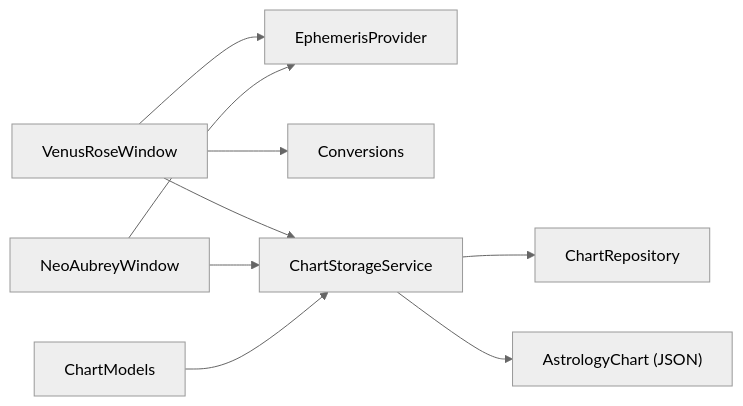
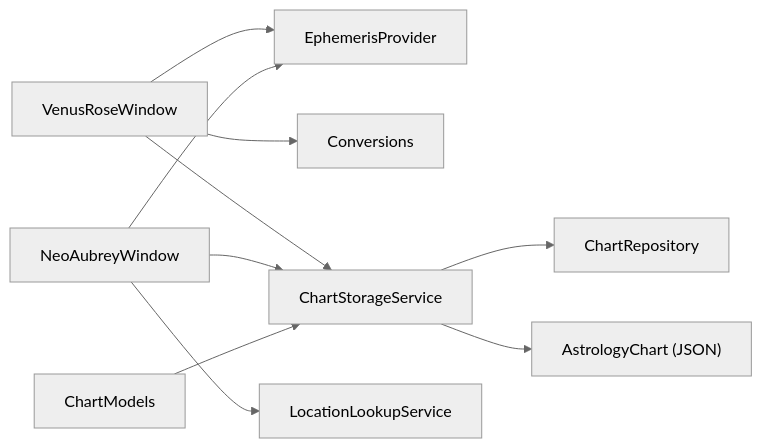
Before and after one commit to TheDaniel166/IsopGem: the eighth of 8 diagrams in .qoder/repowiki/en/content/Architecture Overview/Pillar-Based Architecture/Astrology Pillar/Specialized Visualizations.md, drawn with Mermaid (neutral theme). The commit also changed other lines of this file and 44 other files, not shown here.

````diff
--- a/.qoder/repowiki/en/content/Architecture Overview/Pillar-Based Architecture/Astrology Pillar/Specialized Visualizations.md
+++ b/.qoder/repowiki/en/content/Architecture Overview/Pillar-Based Architecture/Astrology Pillar/Specialized Visualizations.md
@@ -367,11 +432,12 @@
 ```mermaid
 graph LR
 VR["VenusRoseWindow"] --> EP["EphemerisProvider"]
 VR --> CONV["Conversions"]
 VR --> CS["ChartStorageService"]
 NA["NeoAubreyWindow"] --> EP
+NA --> LL["LocationLookupService"]
 NA --> CS
 CS --> REPO["ChartRepository"]
 CS --> CR["AstrologyChart (JSON)"]
 CM["ChartModels"] --> CS
 ```
````
